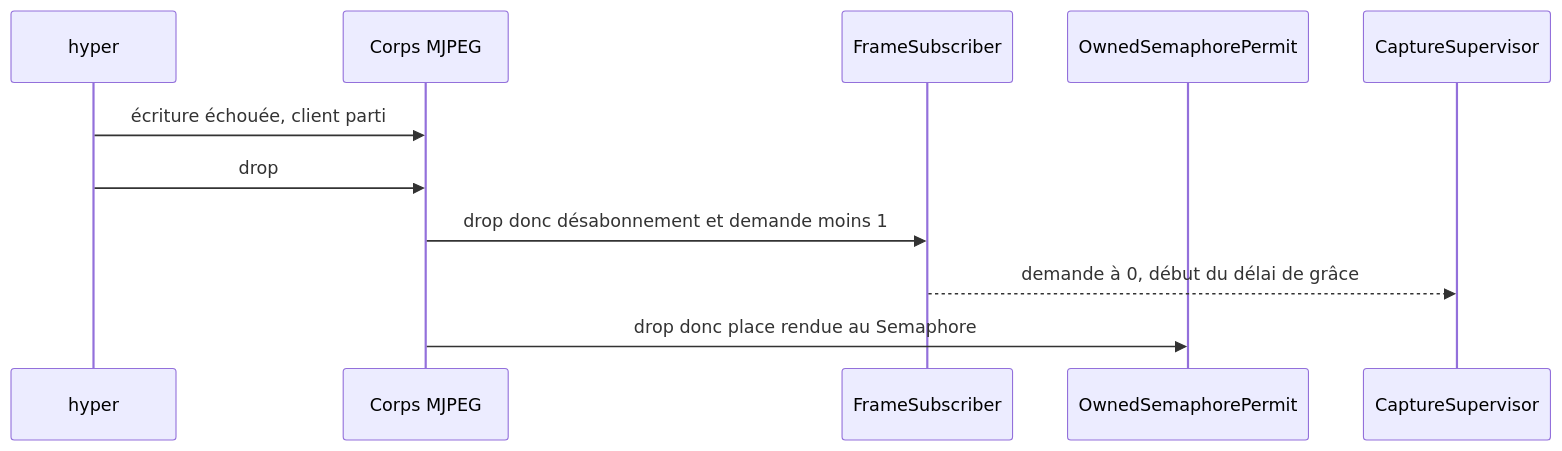
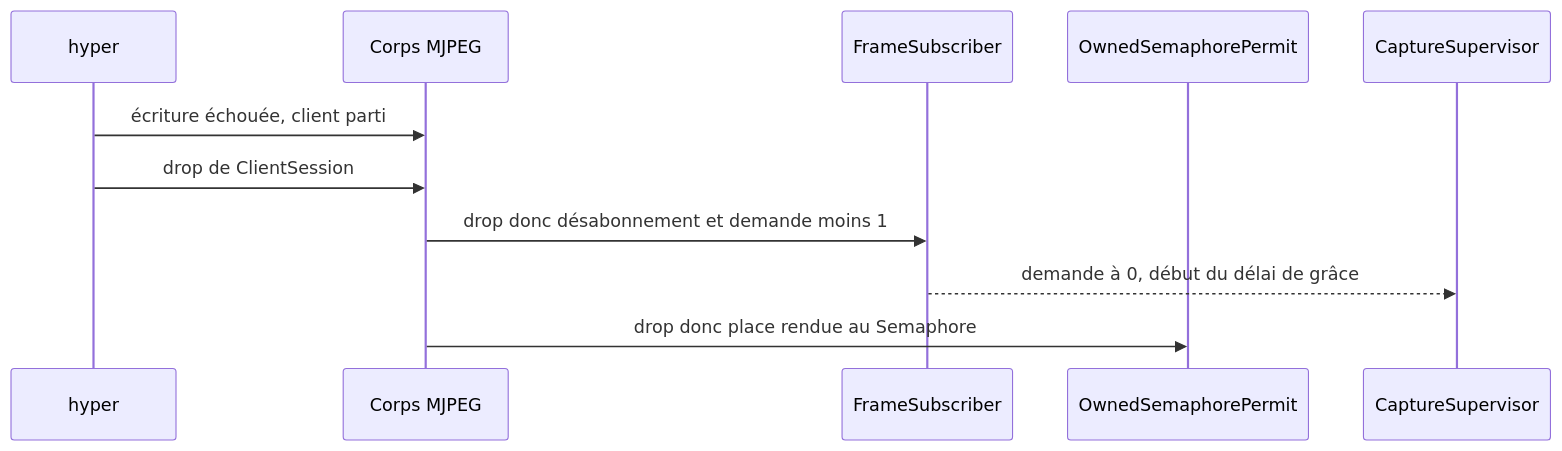
The eighth of 10 diagrams in docs/design-patterns.md (jprecigout/camstream), drawn with Mermaid before and after one commit. The commit also changed other lines of this file and 54 other files, not shown here.

````diff
--- a/docs/design-patterns.md
+++ b/docs/design-patterns.md
@@ -273,13 +329,13 @@
 ```mermaid
 sequenceDiagram
     participant H as hyper
     participant B as Corps MJPEG
     participant Sub as FrameSubscriber
     participant Permit as OwnedSemaphorePermit
     participant Sup as CaptureSupervisor
     H->>B: écriture échouée, client parti
-    H->>B: drop
+    H->>B: drop de ClientSession
     B->>Sub: drop donc désabonnement et demande moins 1
     Sub-->>Sup: demande à 0, début du délai de grâce
     B->>Permit: drop donc place rendue au Semaphore
 ```
````
